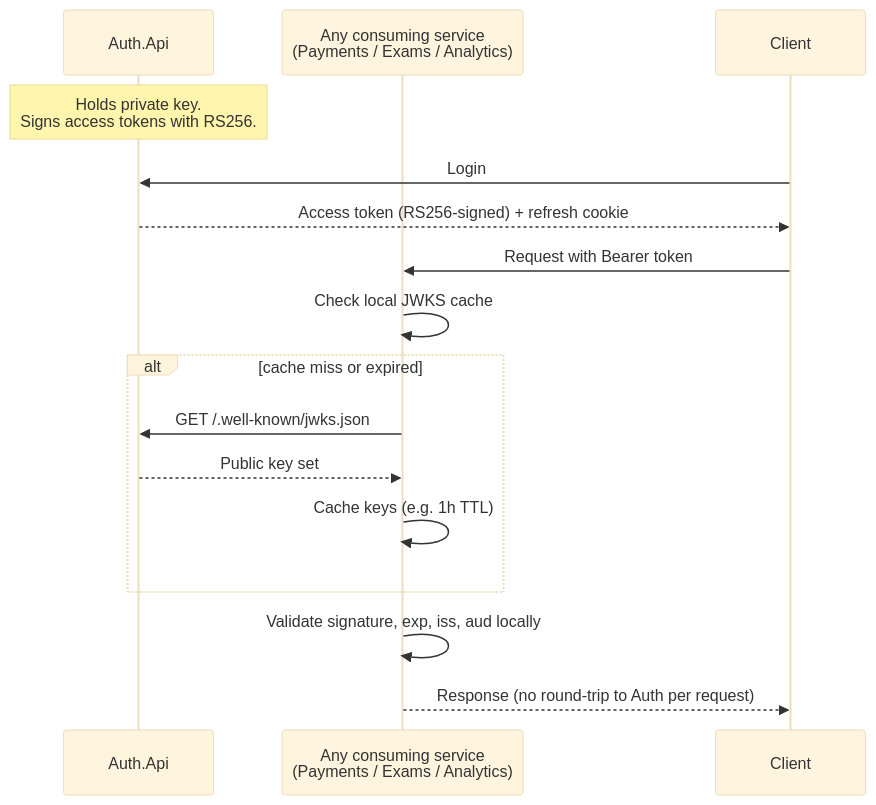
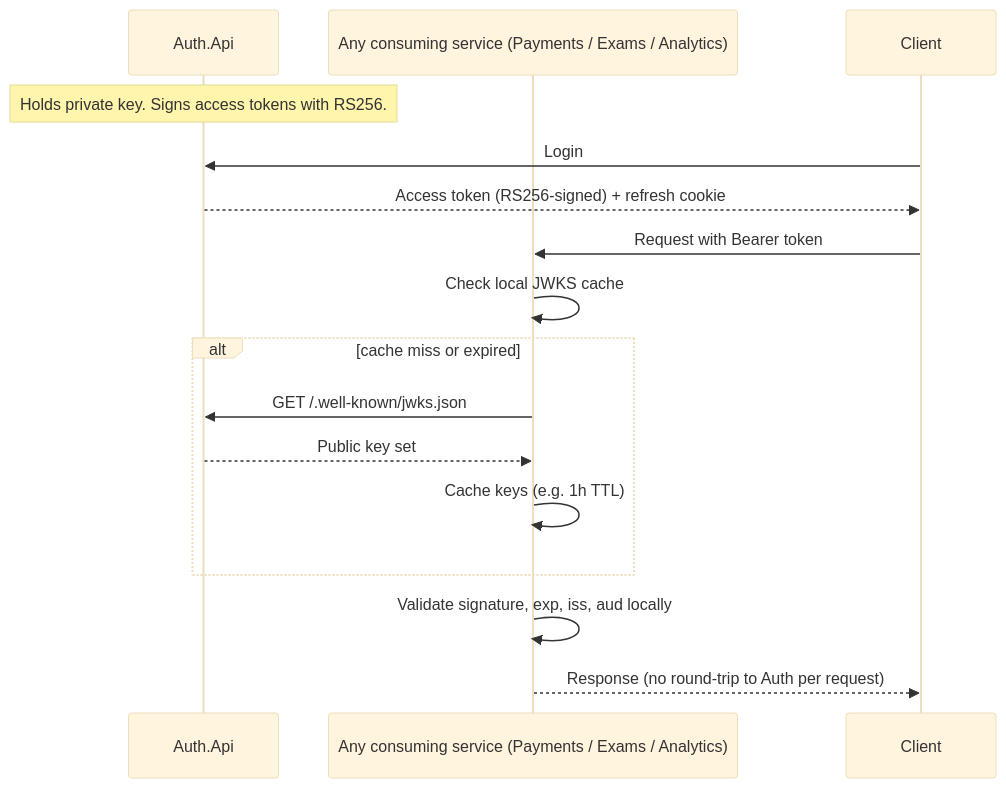
Before and after one commit to devMotcho/ExamPrep2: the second of 7 diagrams in docs/architecture/backend_architecture_planning.md, drawn with Mermaid (base theme). The commit also changed other lines of this file and 1 other file, not shown here.

````diff
--- a/docs/architecture/backend_architecture_planning.md
+++ b/docs/architecture/backend_architecture_planning.md
@@ -162,20 +182,20 @@
 ```mermaid
 sequenceDiagram
     participant Auth as Auth.Api
-    participant Svc as Any consuming service<br/>(Payments / Exams / Analytics)
+    participant Svc as Any consuming service (Payments / Exams / Analytics)
     participant Client
 
-    Note over Auth: Holds private key.<br/>Signs access tokens with RS256.
+    Note over Auth: Holds private key. Signs access tokens with RS256.
     Client->>Auth: Login
     Auth-->>Client: Access token (RS256-signed) + refresh cookie
 
     Client->>Svc: Request with Bearer token
     Svc->>Svc: Check local JWKS cache
     alt cache miss or expired
         Svc->>Auth: GET /.well-known/jwks.json
         Auth-->>Svc: Public key set
         Svc->>Svc: Cache keys (e.g. 1h TTL)
     end
     Svc->>Svc: Validate signature, exp, iss, aud locally
     Svc-->>Client: Response (no round-trip to Auth per request)
 ```
````
